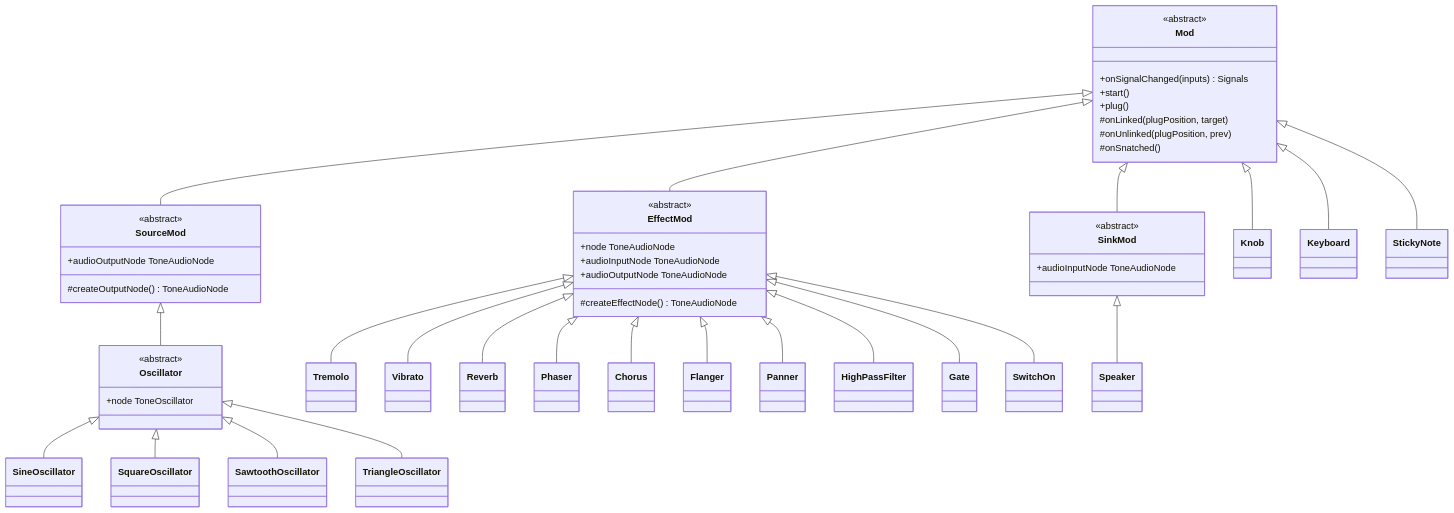
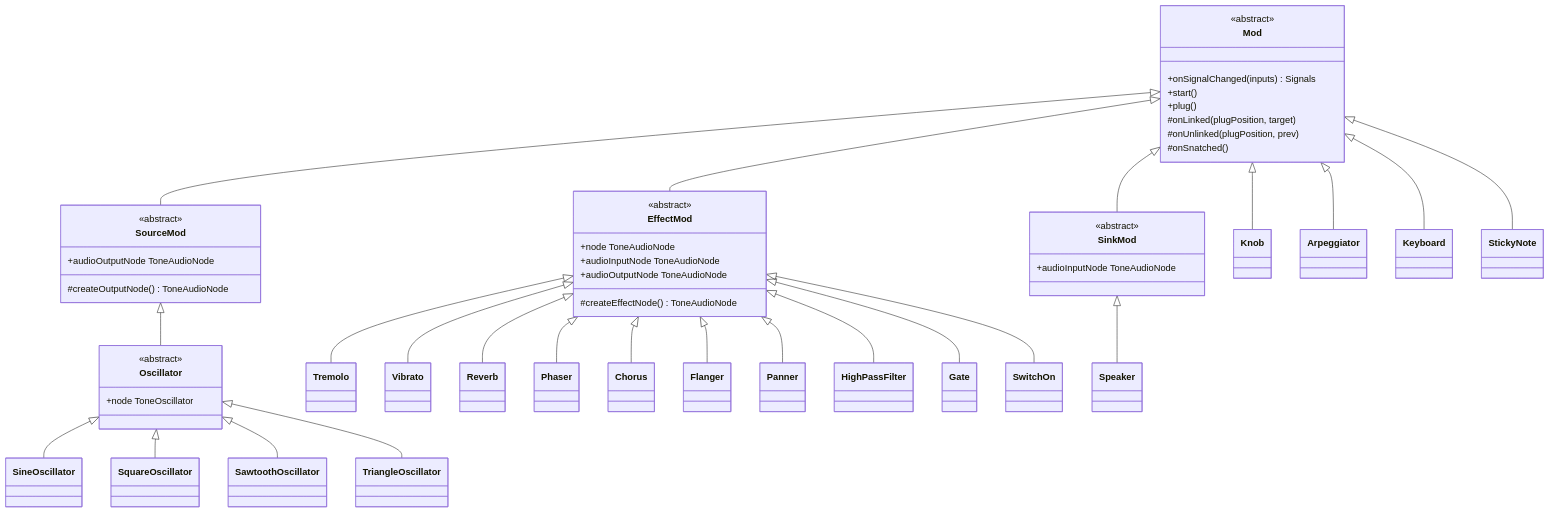
The diagram in docs/01-architecture.md (pitpit/synt), drawn with Mermaid before and after one commit. The commit also changed other lines of this file and 4 other files, not shown here.

Commit message:
refactor: enhance documentation for audio module architecture and testing strategy

````diff
--- a/docs/01-architecture.md
+++ b/docs/01-architecture.md
@@ -152,73 +153,75 @@
 ```mermaid
 classDiagram
     class Mod {
         <<abstract>>
         +onSignalChanged(inputs) Signals
         +start()
         +plug()
         #onLinked(plugPosition, target)
         #onUnlinked(plugPosition, prev)
         #onSnatched()
     }
     class SourceMod {
         <<abstract>>
         #createOutputNode() ToneAudioNode
         +audioOutputNode ToneAudioNode
     }
     class EffectMod {
         <<abstract>>
         #createEffectNode() ToneAudioNode
         +node ToneAudioNode
         +audioInputNode ToneAudioNode
         +audioOutputNode ToneAudioNode
     }
     class SinkMod {
         <<abstract>>
         +audioInputNode ToneAudioNode
     }
     class Oscillator {
         <<abstract>>
         +node ToneOscillator
     }
     class SineOscillator
     class SquareOscillator
     class SawtoothOscillator
     class TriangleOscillator
     class Tremolo
     class Vibrato
     class Reverb
     class Phaser
     class Chorus
     class Flanger
     class Panner
     class HighPassFilter
     class Speaker
     class SwitchOn
     class Gate
     class Knob
+    class Arpeggiator
     class Keyboard
     class StickyNote
 
     Mod <|-- SourceMod
     Mod <|-- EffectMod
     Mod <|-- SinkMod
     Mod <|-- Knob
+    Mod <|-- Arpeggiator
     Mod <|-- Keyboard
     Mod <|-- StickyNote
     SourceMod <|-- Oscillator
     EffectMod <|-- Tremolo
     EffectMod <|-- Vibrato
     EffectMod <|-- Reverb
     EffectMod <|-- Phaser
     EffectMod <|-- Chorus
     EffectMod <|-- Flanger
     EffectMod <|-- Panner
     EffectMod <|-- HighPassFilter
     EffectMod <|-- Gate
     EffectMod <|-- SwitchOn
     SinkMod <|-- Speaker
     Oscillator <|-- SineOscillator
     Oscillator <|-- SquareOscillator
     Oscillator <|-- SawtoothOscillator
     Oscillator <|-- TriangleOscillator
 ```
````
